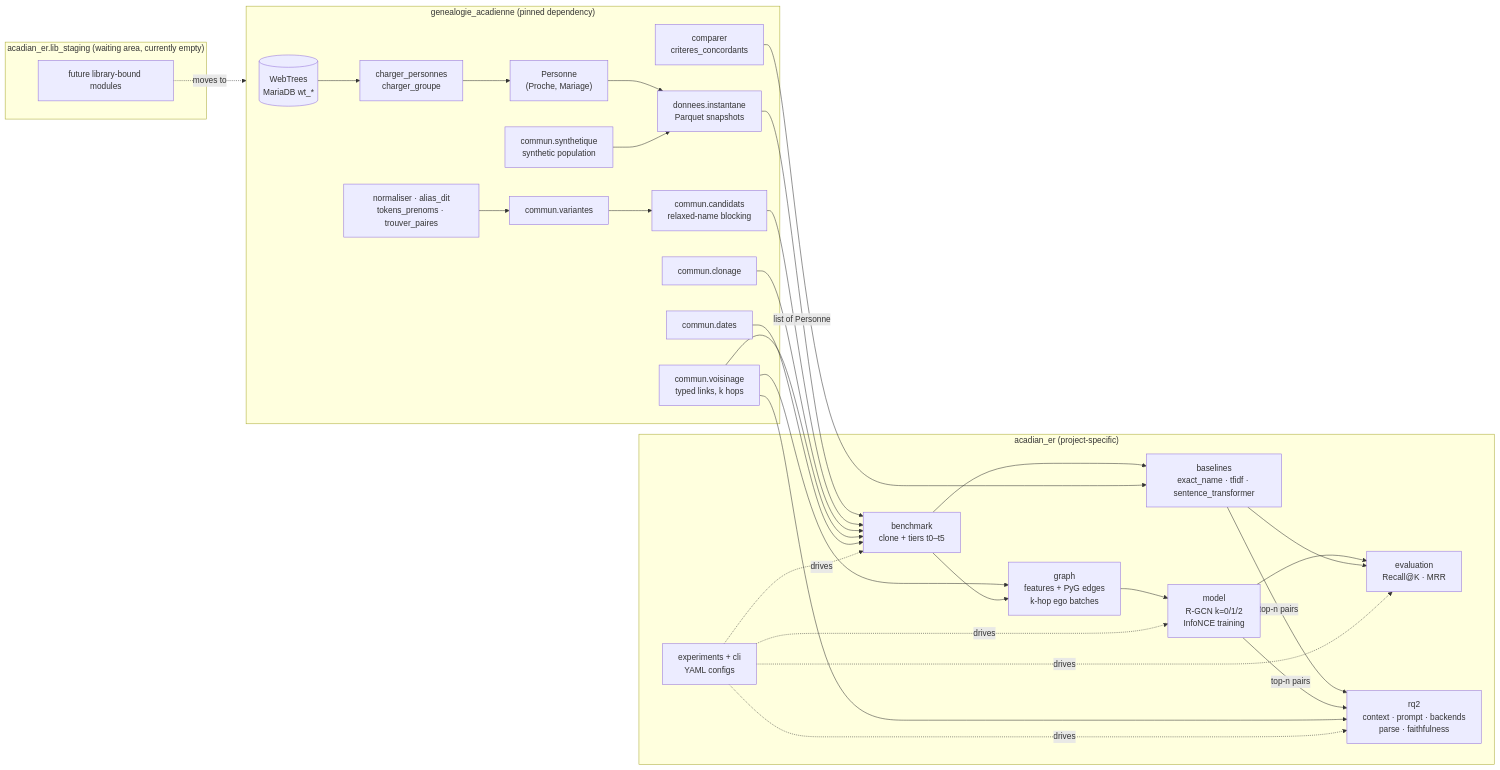
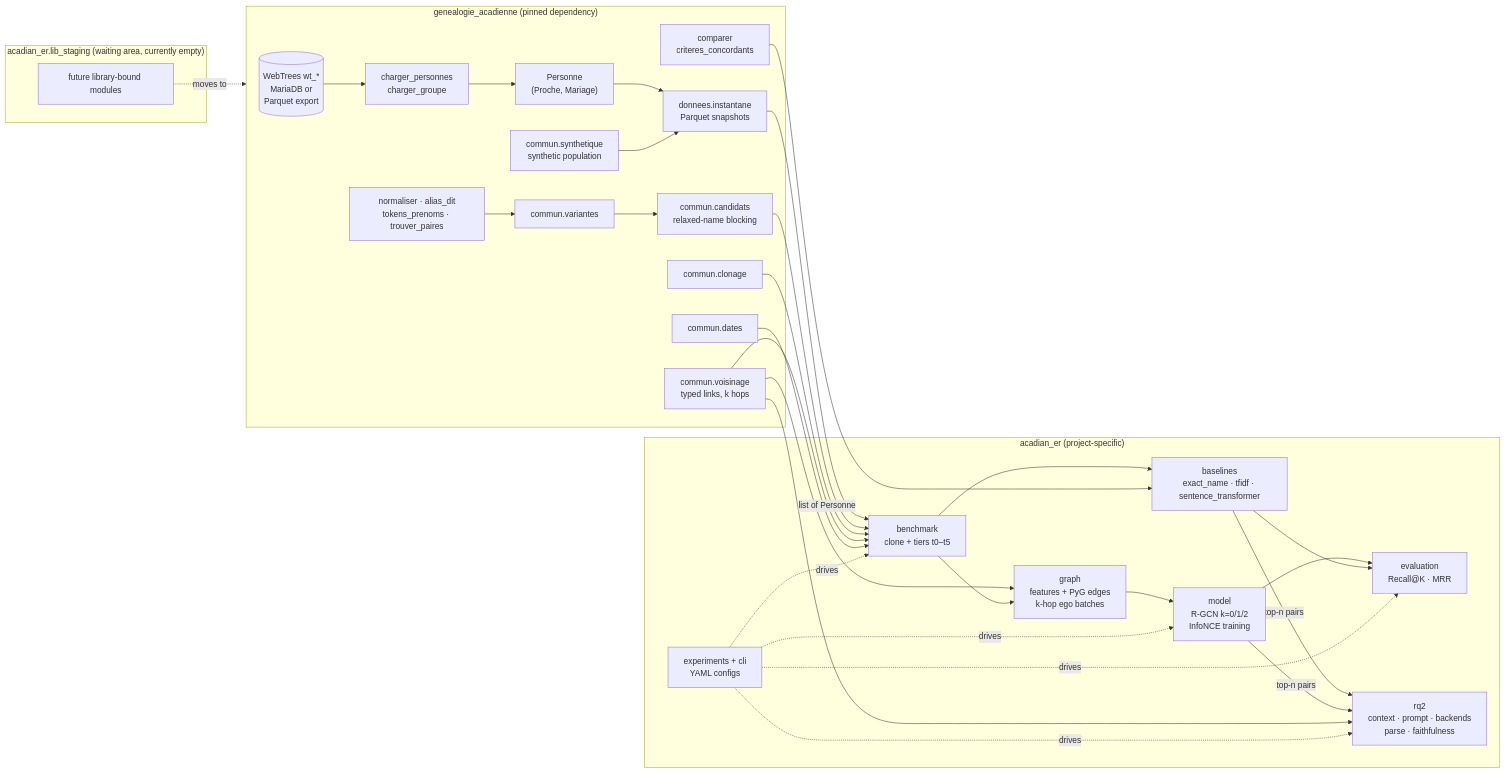
The diagram in docs/ARCHITECTURE.md (Incandescent-Turtle/acadian-entity-resolution), drawn with Mermaid before and after one commit. The commit also changed 10 other files, not shown here.

Commit message:
Build the Personne snapshot from the Parquet export or MariaDB

````diff
--- a/docs/ARCHITECTURE.md
+++ b/docs/ARCHITECTURE.md
@@ -5,52 +5,52 @@
 ```mermaid
 flowchart LR
   subgraph GA["genealogie_acadienne (pinned dependency)"]
-    DB[(WebTrees<br/>MariaDB wt_*)]
+    DB[(WebTrees wt_*<br/>MariaDB or<br/>Parquet export)]
     LOAD["charger_personnes<br/>charger_groupe"]
     MODEL["Personne<br/>(Proche, Mariage)"]
     CMP["comparer<br/>criteres_concordants"]
     NOMS["normaliser · alias_dit<br/>tokens_prenoms · trouver_paires"]
     SNAP["donnees.instantane<br/>Parquet snapshots"]
     SYN["commun.synthetique<br/>synthetic population"]
     VAR["commun.variantes"]
     CAND["commun.candidats<br/>relaxed-name blocking"]
     DATES["commun.dates"]
     VOIS["commun.voisinage<br/>typed links, k hops"]
     CLO["commun.clonage"]
     DB --> LOAD --> MODEL
   end
 
   subgraph LS["acadian_er.lib_staging (waiting area, currently empty)"]
     NEW["future library-bound modules"]
   end
 
   subgraph ER["acadian_er (project-specific)"]
     GRAPH["graph<br/>features + PyG edges<br/>k-hop ego batches"]
     BENCH["benchmark<br/>clone + tiers t0–t5"]
     BASE["baselines<br/>exact_name · tfidf · sentence_transformer"]
     RGCN["model<br/>R-GCN k=0/1/2<br/>InfoNCE training"]
     EVAL["evaluation<br/>Recall@K · MRR"]
     RQ2["rq2<br/>context · prompt · backends<br/>parse · faithfulness"]
     EXP["experiments + cli<br/>YAML configs"]
   end
 
   MODEL --> SNAP
   SYN --> SNAP
   SNAP -->|list of Personne| BENCH
   NOMS --> VAR --> CAND
   CAND --> BENCH
   CLO --> BENCH
   NEW -. moves to .-> GA
   VOIS --> GRAPH
   VOIS --> BENCH
   DATES --> BENCH
   BENCH --> GRAPH --> RGCN
   BENCH --> BASE
   CMP --> BASE
   RGCN --> EVAL
   BASE --> EVAL
   BASE -->|top-n pairs| RQ2
   RGCN -->|top-n pairs| RQ2
   VOIS --> RQ2
   EXP -. drives .-> BENCH & RGCN & EVAL & RQ2
 ```
````
